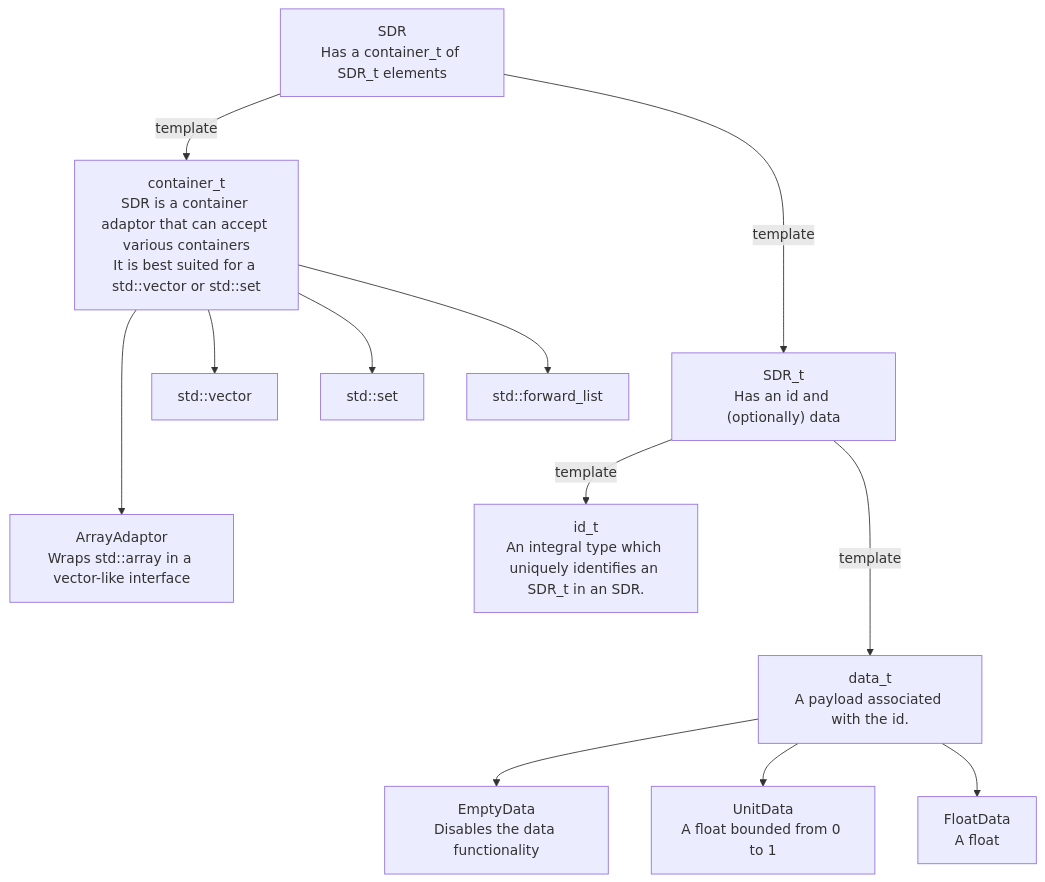
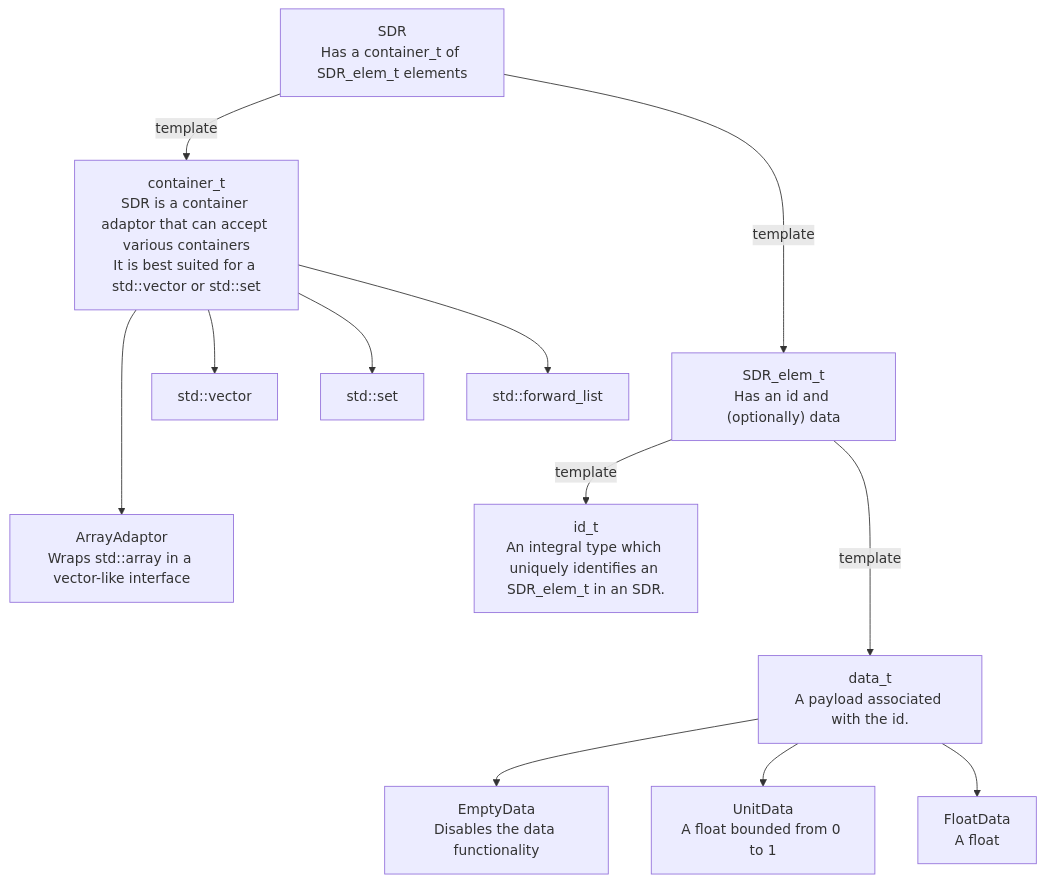
Before and after one commit to jagprog5/SDR: the diagram in README.md, drawn with Mermaid. The commit also changed other lines of this file and 8 other files, not shown here.

Commit message:
omnibus SDR_t -> SDR_elem_t

````diff
--- a/README.md
+++ b/README.md
@@ -90,28 +90,28 @@
 ```mermaid
 flowchart TB
-    SDR["SDR\nHas a container_t of SDR_t elements"]
-    SDR_t["SDR_t\nHas an id and (optionally) data"]
+    SDR["SDR\nHas a container_t of SDR_elem_t elements"]
+    SDR_elem_t["SDR_elem_t\nHas an id and (optionally) data"]
     container_t["container_t\nSDR is a container adaptor that can accept various containers\nIt is best suited for a std::vector or std::set"]
     ArrayAdaptor["ArrayAdaptor\nWraps std::array in a vector-like interface"]
     EmptyData["EmptyData\nDisables the data functionality"]
     UnitData["UnitData\nA float bounded from 0 to 1"]
     FloatData["FloatData\nA float"]
-    id_t["id_t\nAn integral type which uniquely identifies an SDR_t in an SDR."]
+    id_t["id_t\nAn integral type which uniquely identifies an SDR_elem_t in an SDR."]
     data_t["data_t\nA payload associated with the id."]
 
-    SDR--template--->SDR_t
+    SDR--template--->SDR_elem_t
     SDR--template-->container_t
     container_t-->std::vector
     container_t-->std::set
     container_t-->std::forward_list
     container_t--->ArrayAdaptor
 
-    SDR_t--template-->id_t
-    SDR_t--template--->data_t
+    SDR_elem_t--template-->id_t
+    SDR_elem_t--template--->data_t
 
     data_t-->EmptyData
     data_t-->UnitData
     data_t-->FloatData
 
 
 ```
````
